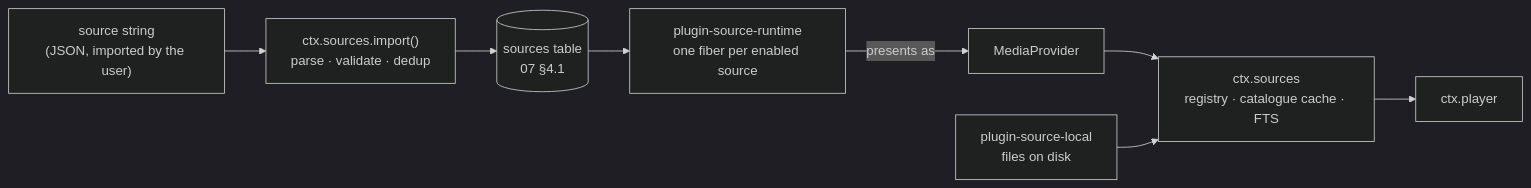
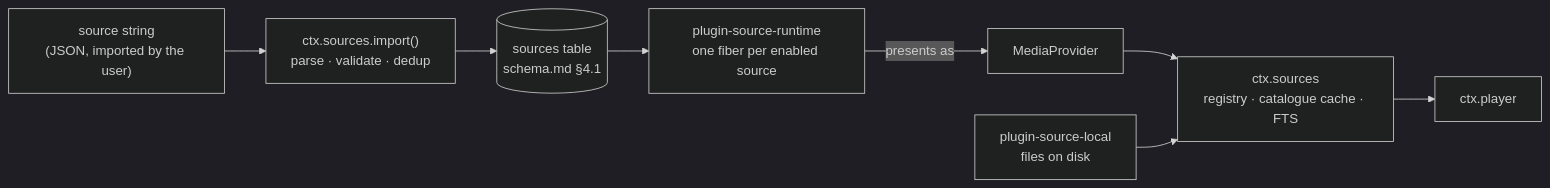
One commit to BBeBeeX/B_Be_Bee_X changed the diagram in docs-zh/sources/spec.md. Above: the diagram before and after it, drawn with Mermaid (dark theme). The commit also changed other lines of this file and 55 other files, not shown here.

````diff
--- a/docs-zh/sources/spec.md
+++ b/docs-zh/sources/spec.md
@@ -19,10 +19,10 @@
 ```mermaid
 flowchart LR
     STR["source string<br/>(JSON, imported by the user)"] --> IMP["ctx.sources.import()<br/>parse · validate · dedup"]
-    IMP --> DB[("sources table<br/>07 §4.1")]
+    IMP --> DB[("sources table<br/>schema.md §4.1")]
     DB --> RT["plugin-source-runtime<br/>one fiber per enabled source"]
     RT -->|"presents as"| MP["MediaProvider"]
     MP --> SVC["ctx.sources<br/>registry · catalogue cache · FTS"]
     LOCAL["plugin-source-local<br/>files on disk"] --> SVC
     SVC --> PLAYER["ctx.player"]
 ```
````
